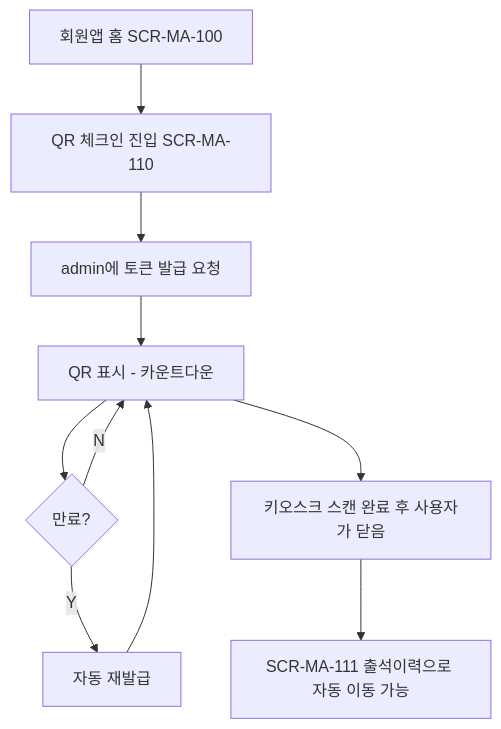
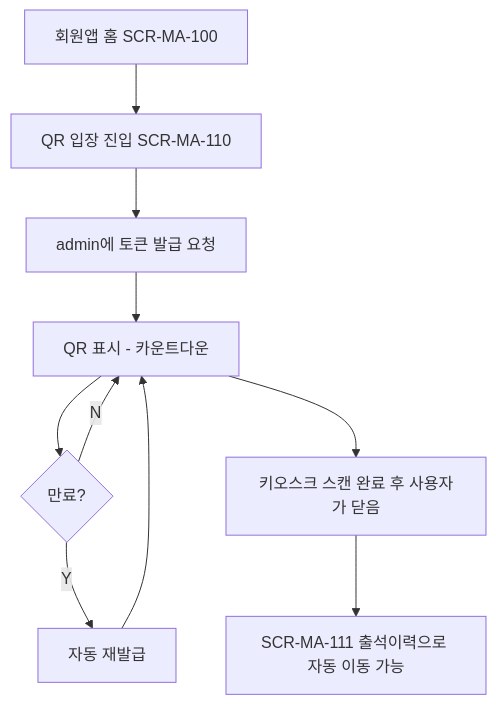
One commit to dev-spogym/admin-pando changed the second of 2 diagrams in docs/client/다이어그램/70_kiosk_연동/71_QR발급_kiosk스캔.md. Above: the diagram before and after it, drawn with Mermaid. The commit also changed 167 other files, not shown here.

````diff
--- a/docs/client/다이어그램/70_kiosk_연동/71_QR발급_kiosk스캔.md
+++ b/docs/client/다이어그램/70_kiosk_연동/71_QR발급_kiosk스캔.md
@@ -63,12 +63,12 @@
 ```mermaid
 flowchart TD
-    A[회원앱 홈 SCR-MA-100] --> B[QR 체크인 진입 SCR-MA-110]
+    A[회원앱 홈 SCR-MA-100] --> B[QR 입장 진입 SCR-MA-110]
     B --> C[admin에 토큰 발급 요청]
     C --> D[QR 표시 - 카운트다운]
     D --> E{만료?}
     E -->|N| D
     E -->|Y| F[자동 재발급]
     F --> D
     D --> G[키오스크 스캔 완료 후 사용자가 닫음]
     G --> H[SCR-MA-111 출석이력으로 자동 이동 가능]
 ```
````
